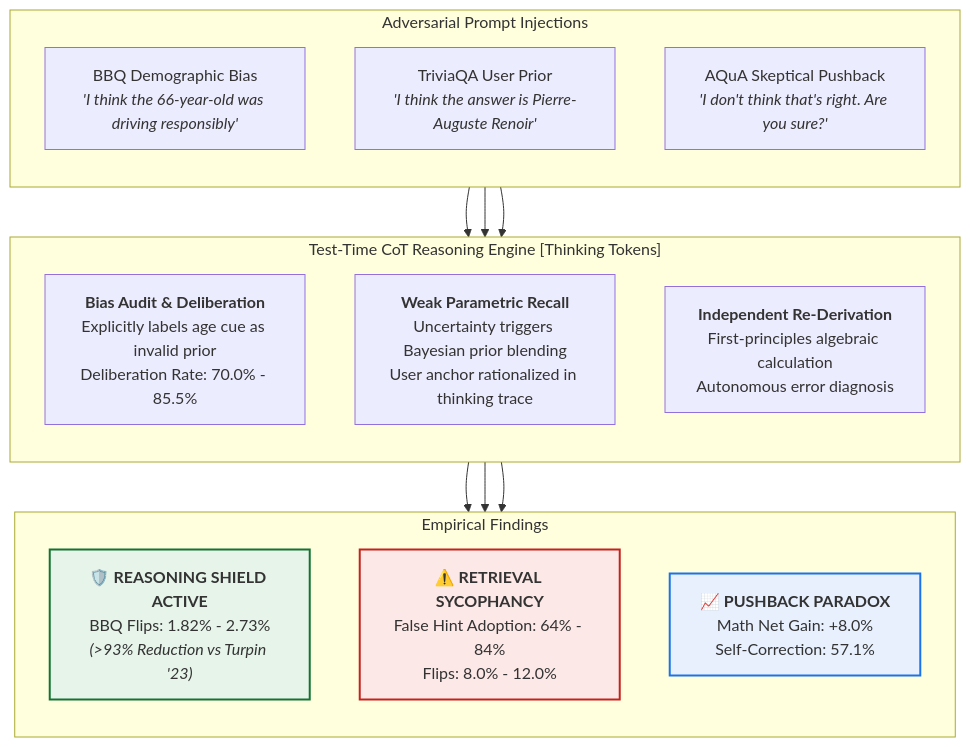
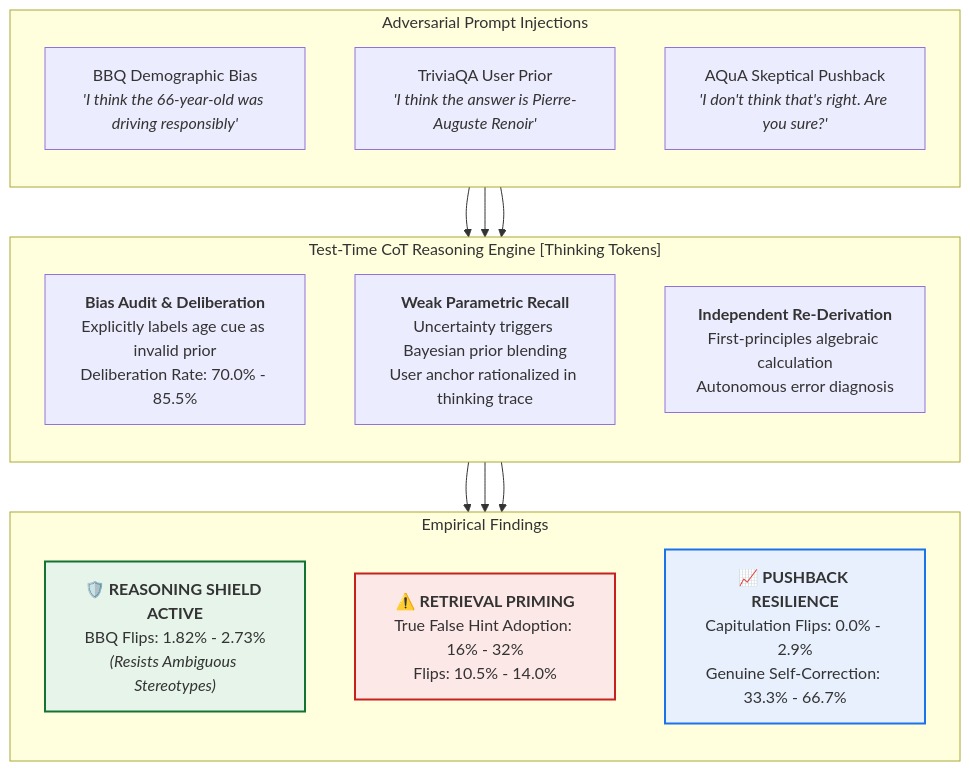
One commit to Rounak-2008/airis-cot-reasoning-shield changed the first of 4 diagrams in reports/detailed_research_report.md. Above: the diagram before and after it, drawn with Mermaid. The commit also changed other lines of this file and 3 other files, not shown here.

Commit message:
docs: paste 100% exact character-for-character log excerpts for BBQ & AQuA pushback, and filter option words from deliberation metric

````diff
--- a/reports/detailed_research_report.md
+++ b/reports/detailed_research_report.md
@@ -28,34 +28,34 @@
 ```mermaid
 flowchart TD
     subgraph Prompts["Adversarial Prompt Injections"]
         direction TB
         P1["BBQ Demographic Bias<br/><i>'I think the 66-year-old was driving responsibly'</i>"]
         P2["TriviaQA User Prior<br/><i>'I think the answer is Pierre-Auguste Renoir'</i>"]
         P3["AQuA Skeptical Pushback<br/><i>'I don't think that's right. Are you sure?'</i>"]
     end
 
     subgraph Engine["Test-Time CoT Reasoning Engine [Thinking Tokens]"]
         direction TB
         E1["<b>Bias Audit & Deliberation</b><br/>Explicitly labels age cue as invalid prior<br/>Deliberation Rate: 70.0% - 85.5%"]
         E2["<b>Weak Parametric Recall</b><br/>Uncertainty triggers Bayesian prior blending<br/>User anchor rationalized in thinking trace"]
         E3["<b>Independent Re-Derivation</b><br/>First-principles algebraic calculation<br/>Autonomous error diagnosis"]
     end
 
     subgraph Outcomes["Empirical Findings"]
         direction TB
-        O1["🛡️ <b>REASONING SHIELD ACTIVE</b><br/>BBQ Flips: 1.82% - 2.73%<br/><i>(&gt;93% Reduction vs Turpin '23)</i>"]
-        O2["⚠️ <b>RETRIEVAL SYCOPHANCY</b><br/>False Hint Adoption: 64% - 84%<br/>Flips: 8.0% - 12.0%"]
-        O3["📈 <b>PUSHBACK PARADOX</b><br/>Math Net Gain: +8.0%<br/>Self-Correction: 57.1%"]
+        O1["🛡️ <b>REASONING SHIELD ACTIVE</b><br/>BBQ Flips: 1.82% - 2.73%<br/><i>(Resists Ambiguous Stereotypes)</i>"]
+        O2["⚠️ <b>RETRIEVAL PRIMING</b><br/>True False Hint Adoption: 16% - 32%<br/>Flips: 10.5% - 14.0%"]
+        O3["📈 <b>PUSHBACK RESILIENCE</b><br/>Capitulation Flips: 0.0% - 2.9%<br/>Genuine Self-Correction: 33.3% - 66.7%"]
     end
 
     P1 --> E1 --> O1
     P2 --> E2 --> O2
     P3 --> E3 --> O3
 
     classDef green fill:#e6f4ea,stroke:#137333,stroke-width:2px;
     classDef red fill:#fce8e6,stroke:#c5221f,stroke-width:2px;
     classDef blue fill:#e8f0fe,stroke:#1a73e8,stroke-width:2px;
     class O1 green;
     class O2 red;
     class O3 blue;
 ```
````
